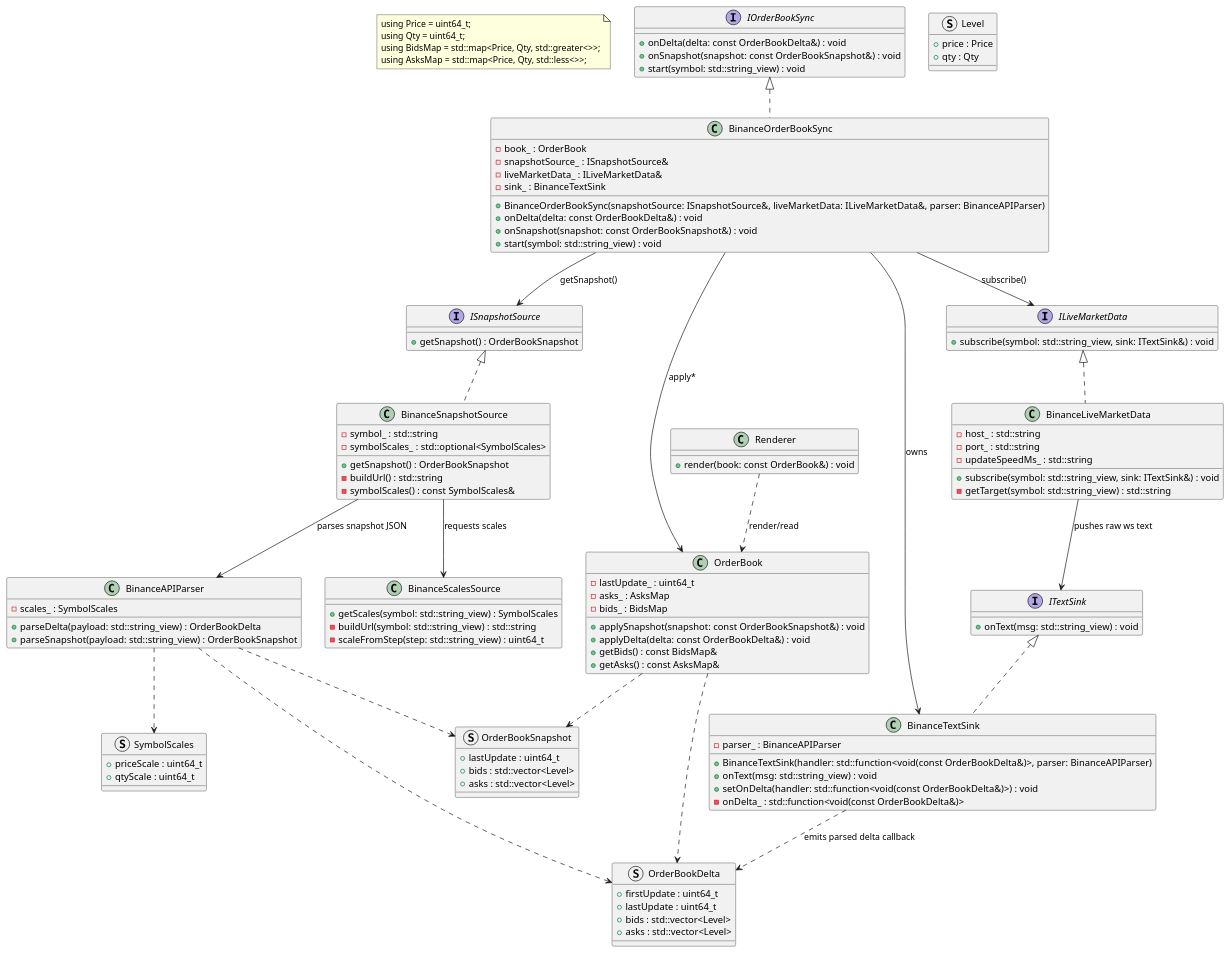
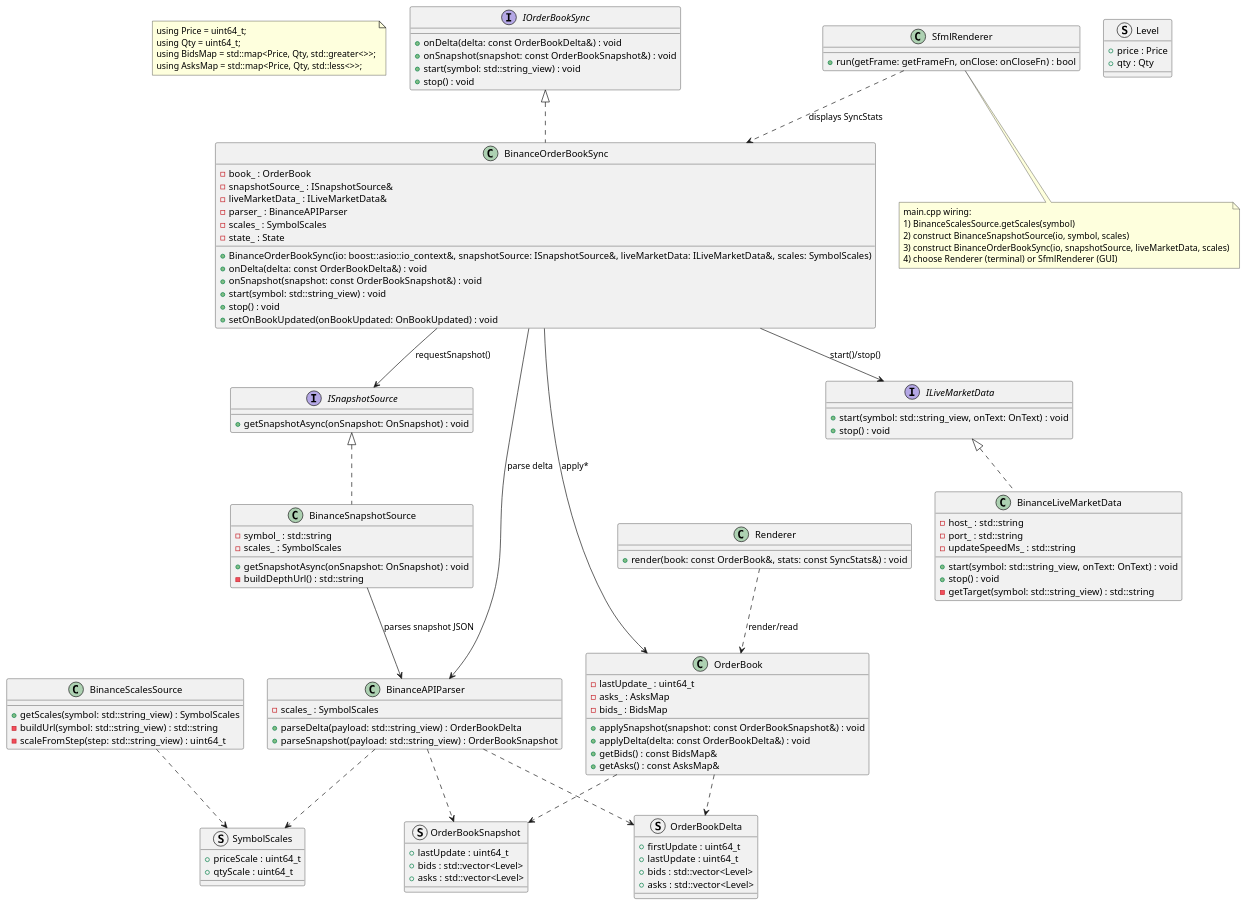
The diagram in uml_class_diagram.puml (imehighlow/orderbook), drawn with PlantUML before and after one commit. The commit also changed 1 other file, not shown here.

Commit message:
Update UML diagram

```diff
--- a/uml_class_diagram.puml
+++ b/uml_class_diagram.puml
@@ -1,132 +1,137 @@
 @startuml
 
 ' ===== Domain =====
 note as TypeAliases
 using Price = uint64_t;
 using Qty = uint64_t;
 using BidsMap = std::map<Price, Qty, std::greater<>>;
 using AsksMap = std::map<Price, Qty, std::less<>>;
 end note
 
 struct SymbolScales {
     +priceScale : uint64_t
     +qtyScale : uint64_t
 }
 
 struct Level {
     +price : Price
     +qty : Qty
 }
 
 struct OrderBookDelta {
     +firstUpdate : uint64_t
     +lastUpdate : uint64_t
     +bids : std::vector<Level>
     +asks : std::vector<Level>
 }
 
 struct OrderBookSnapshot {
     +lastUpdate : uint64_t
     +bids : std::vector<Level>
     +asks : std::vector<Level>
 }
 
 ' ===== Interfaces =====
-interface ITextSink {
-    +onText(msg: std::string_view) : void
-}
-
 interface ILiveMarketData {
-    +subscribe(symbol: std::string_view, sink: ITextSink&) : void
+    +start(symbol: std::string_view, onText: OnText) : void
+    +stop() : void
 }
 
 interface ISnapshotSource {
-    +getSnapshot() : OrderBookSnapshot
+    +getSnapshotAsync(onSnapshot: OnSnapshot) : void
 }
 
 interface IOrderBookSync {
     +onDelta(delta: const OrderBookDelta&) : void
     +onSnapshot(snapshot: const OrderBookSnapshot&) : void
     +start(symbol: std::string_view) : void
+    +stop() : void
 }
 
 ' ===== Implemented classes =====
 class BinanceLiveMarketData implements ILiveMarketData {
-    +subscribe(symbol: std::string_view, sink: ITextSink&) : void
+    +start(symbol: std::string_view, onText: OnText) : void
+    +stop() : void
     -getTarget(symbol: std::string_view) : std::string
     -host_ : std::string
     -port_ : std::string
     -updateSpeedMs_ : std::string
 }
 
 class BinanceScalesSource {
     +getScales(symbol: std::string_view) : SymbolScales
     -buildUrl(symbol: std::string_view) : std::string
     -scaleFromStep(step: std::string_view) : uint64_t
 }
 
 class BinanceAPIParser {
     +parseDelta(payload: std::string_view) : OrderBookDelta
     +parseSnapshot(payload: std::string_view) : OrderBookSnapshot
     -scales_ : SymbolScales
 }
 
 class BinanceSnapshotSource implements ISnapshotSource {
-    +getSnapshot() : OrderBookSnapshot
-    -buildUrl() : std::string
-    -symbolScales() : const SymbolScales&
+    +getSnapshotAsync(onSnapshot: OnSnapshot) : void
+    -buildDepthUrl() : std::string
     -symbol_ : std::string
-    -symbolScales_ : std::optional<SymbolScales>
+    -scales_ : SymbolScales
 }
 
 class OrderBook {
     +applySnapshot(snapshot: const OrderBookSnapshot&) : void
     +applyDelta(delta: const OrderBookDelta&) : void
     +getBids() : const BidsMap&
     +getAsks() : const AsksMap&
     -lastUpdate_ : uint64_t
     -asks_ : AsksMap
     -bids_ : BidsMap
 }
 
-class BinanceTextSink implements ITextSink {
-    +BinanceTextSink(handler: std::function<void(const OrderBookDelta&)>, parser: BinanceAPIParser)
-    +onText(msg: std::string_view) : void
-    +setOnDelta(handler: std::function<void(const OrderBookDelta&)>) : void
-    -onDelta_ : std::function<void(const OrderBookDelta&)>
-    -parser_ : BinanceAPIParser
-}
-
 class BinanceOrderBookSync implements IOrderBookSync {
-    +BinanceOrderBookSync(snapshotSource: ISnapshotSource&, liveMarketData: ILiveMarketData&, parser: BinanceAPIParser)
+    +BinanceOrderBookSync(io: boost::asio::io_context&, snapshotSource: ISnapshotSource&, liveMarketData: ILiveMarketData&, scales: SymbolScales)
     +onDelta(delta: const OrderBookDelta&) : void
     +onSnapshot(snapshot: const OrderBookSnapshot&) : void
     +start(symbol: std::string_view) : void
+    +stop() : void
+    +setOnBookUpdated(onBookUpdated: OnBookUpdated) : void
     -book_ : OrderBook
     -snapshotSource_ : ISnapshotSource&
     -liveMarketData_ : ILiveMarketData&
-    -sink_ : BinanceTextSink
+    -parser_ : BinanceAPIParser
+    -scales_ : SymbolScales
+    -state_ : State
 }
 
 class Renderer {
-    +render(book: const OrderBook&) : void
+    +render(book: const OrderBook&, stats: const SyncStats&) : void
+}
+
+class SfmlRenderer {
+    +run(getFrame: getFrameFn, onClose: onCloseFn) : bool
 }
 
 ' ===== Relations =====
-BinanceLiveMarketData --> ITextSink : pushes raw ws text
-BinanceSnapshotSource --> BinanceScalesSource : requests scales
+BinanceScalesSource ..> SymbolScales
 BinanceSnapshotSource --> BinanceAPIParser : parses snapshot JSON
 BinanceAPIParser ..> SymbolScales
 BinanceAPIParser ..> OrderBookDelta
 BinanceAPIParser ..> OrderBookSnapshot
 OrderBook ..> OrderBookDelta
 OrderBook ..> OrderBookSnapshot
 
 BinanceOrderBookSync --> OrderBook : apply*
-BinanceOrderBookSync --> ISnapshotSource : getSnapshot()
-BinanceOrderBookSync --> ILiveMarketData : subscribe()
-BinanceOrderBookSync --> BinanceTextSink : owns
-BinanceTextSink ..> OrderBookDelta : emits parsed delta callback
+BinanceOrderBookSync --> ISnapshotSource : requestSnapshot()
+BinanceOrderBookSync --> ILiveMarketData : start()/stop()
+BinanceOrderBookSync --> BinanceAPIParser : parse delta
 Renderer ..> OrderBook : render/read
+SfmlRenderer ..> BinanceOrderBookSync : displays SyncStats
+
+note bottom
+main.cpp wiring:
+1) BinanceScalesSource.getScales(symbol)
+2) construct BinanceSnapshotSource(io, symbol, scales)
+3) construct BinanceOrderBookSync(io, snapshotSource, liveMarketData, scales)
+4) choose Renderer (terminal) or SfmlRenderer (GUI)
+end note
 
 @enduml
```
